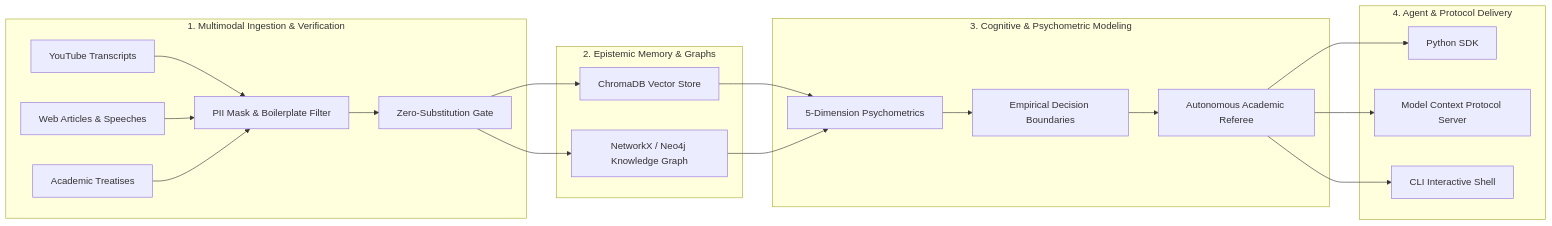
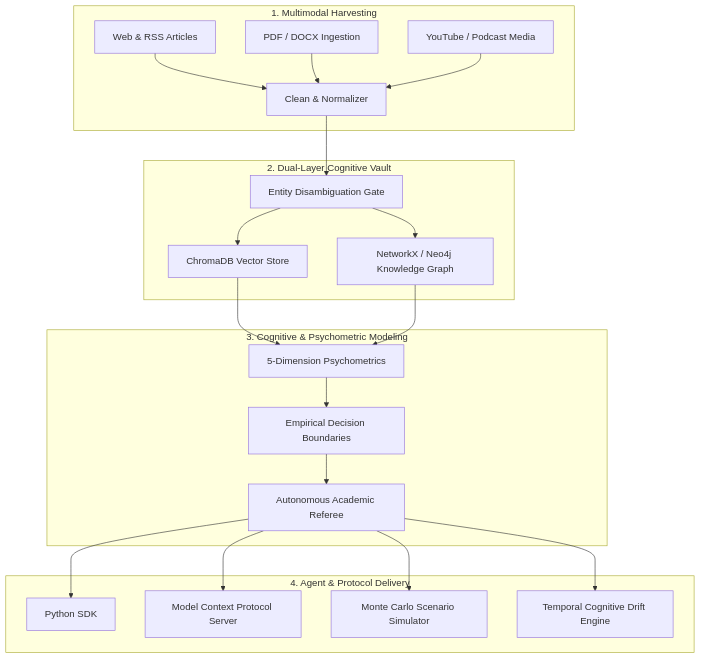
The diagram in README.md (tilkiii/the-project-who), drawn with Mermaid before and after one commit. The commit also changed other lines of this file and 15 other files, not shown here.

Commit message:
feat: implement Monte Carlo simulator, cognitive drift engine, and PyPI distribution

````diff
--- a/README.md
+++ b/README.md
@@ -42,24 +39,27 @@
 ```mermaid
-flowchart LR
-    subgraph Ingestion["1. Multimodal Ingestion & Verification"]
-        A[YouTube Transcripts] & B[Web Articles & Speeches] & C[Academic Treatises] --> D[PII Mask & Boilerplate Filter]
-        D --> E[Zero-Substitution Gate]
+flowchart TD
+    subgraph Harvesting["1. Multimodal Harvesting"]
+        A[Web & RSS Articles] --> D[Clean & Normalizer]
+        B[PDF / DOCX Ingestion] --> D
+        C[YouTube / Podcast Media] --> D
     end
 
-    subgraph Memory["2. Epistemic Memory & Graphs"]
+    subgraph Memory["2. Dual-Layer Cognitive Vault"]
+        D --> E[Entity Disambiguation Gate]
         E --> F[ChromaDB Vector Store]
         E --> G[NetworkX / Neo4j Knowledge Graph]
     end
 
     subgraph Modeling["3. Cognitive & Psychometric Modeling"]
         F & G --> H[5-Dimension Psychometrics]
         H --> I[Empirical Decision Boundaries]
         I --> J[Autonomous Academic Referee]
     end
 
     subgraph Interfaces["4. Agent & Protocol Delivery"]
         J --> K[Python SDK]
         J --> L[Model Context Protocol Server]
-        J --> M[CLI Interactive Shell]
+        J --> M[Monte Carlo Scenario Simulator]
+        J --> N[Temporal Cognitive Drift Engine]
     end
 ```
````
